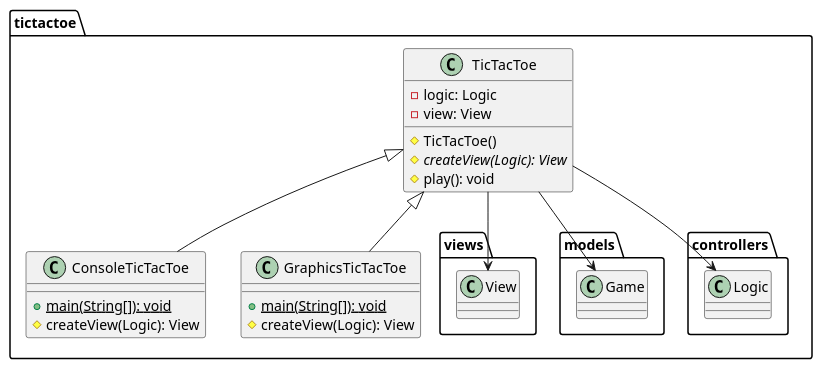
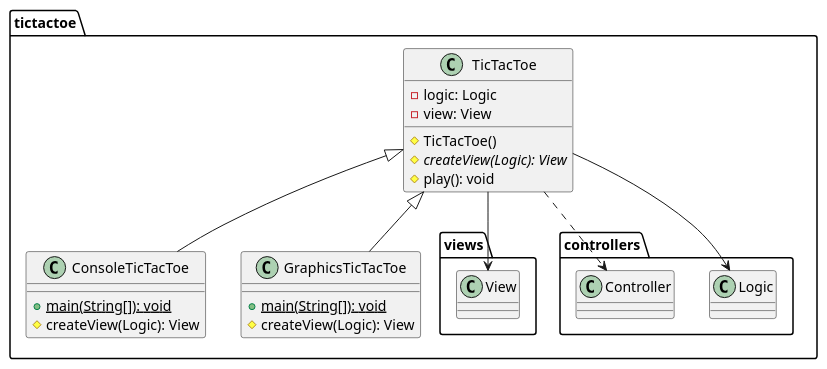
One commit to x-USantaTecla-game-ticTacToe/java changed the second of 4 diagrams in docs/src/docs/asciidoc/index.adoc. Above: the diagram before and after it, drawn with PlantUML. The commit also changed other lines of this file and 49 other files, not shown here.

```diff
--- a/docs/src/docs/asciidoc/index.adoc
+++ b/docs/src/docs/asciidoc/index.adoc
@@ -80,27 +80,27 @@
-[plantuml,tictactoeVersion6,svg]
+[plantuml,tictactoeVersion7,svg]
 ....
 
 class  tictactoe.ConsoleTicTacToe{
 + {static} main(String[]): void
 # createView(Logic): View
 }
 tictactoe.TicTacToe <|-down- tictactoe.ConsoleTicTacToe
 
 class  tictactoe.GraphicsTicTacToe{
 + {static} main(String[]): void
 # createView(Logic): View
 }
 tictactoe.TicTacToe <|-down- tictactoe.GraphicsTicTacToe
 
 class  tictactoe.TicTacToe{
 - logic: Logic
 - view: View
 # TicTacToe()
 # {abstract} createView(Logic): View
 # play(): void
 }
 tictactoe.TicTacToe --> tictactoe.views.View
-tictactoe.TicTacToe --> tictactoe.models.Game
 tictactoe.TicTacToe --> tictactoe.controllers.Logic
+tictactoe.TicTacToe ..> tictactoe.controllers.Controller
 
 ....
```
